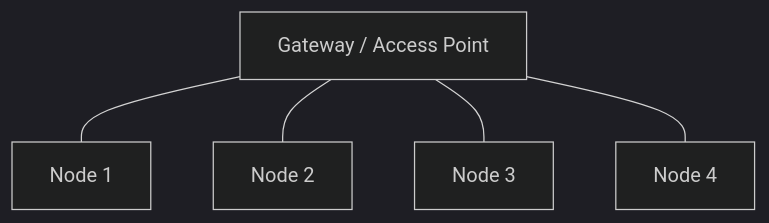
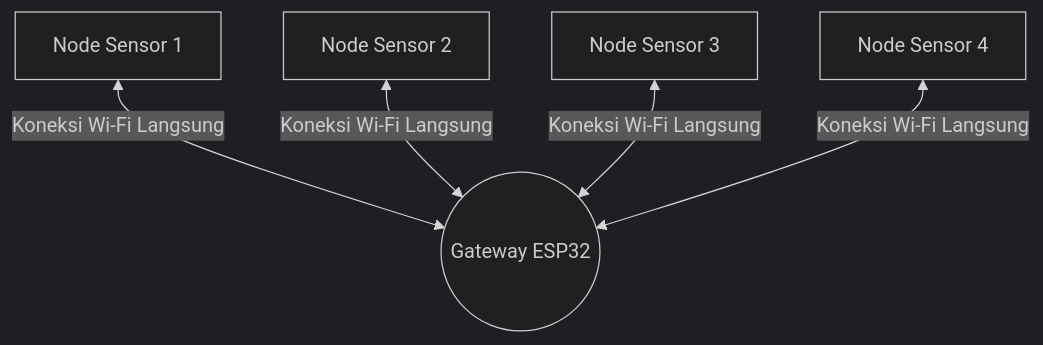
One commit to dhimasardinata/ta-iot-greenhouse-docs changed the diagram in src/content/docs/03-system-foundation/topologi-star.md. Above: the diagram before and after it, drawn with Mermaid (dark theme). The commit also changed other lines of this file and 30 other files, not shown here.

````diff
--- a/src/content/docs/03-system-foundation/topologi-star.md
+++ b/src/content/docs/03-system-foundation/topologi-star.md
@@ -11,7 +19,7 @@
 ```mermaid
 flowchart TD
-    G[Gateway / Access Point] --- N1[Node 1]
-    G --- N2[Node 2]
-    G --- N3[Node 3]
-    G --- N4[Node 4]
+    Node1[Node Sensor 1] <-->|Koneksi Wi-Fi Langsung| GW((Gateway ESP32))
+    Node2[Node Sensor 2] <-->|Koneksi Wi-Fi Langsung| GW
+    Node3[Node Sensor 3] <-->|Koneksi Wi-Fi Langsung| GW
+    Node4[Node Sensor 4] <-->|Koneksi Wi-Fi Langsung| GW
 ```
````
